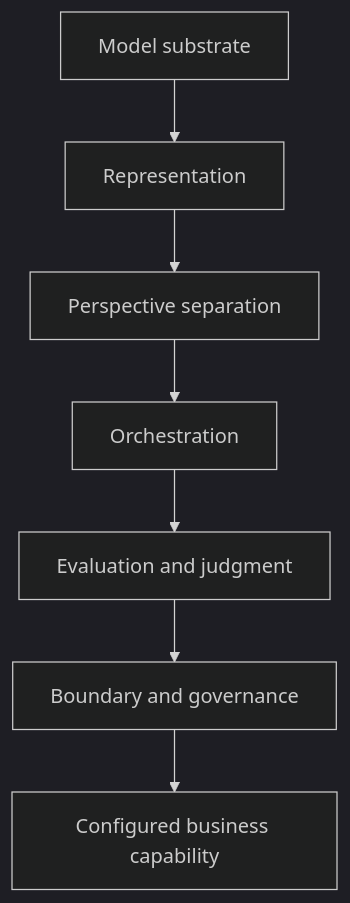
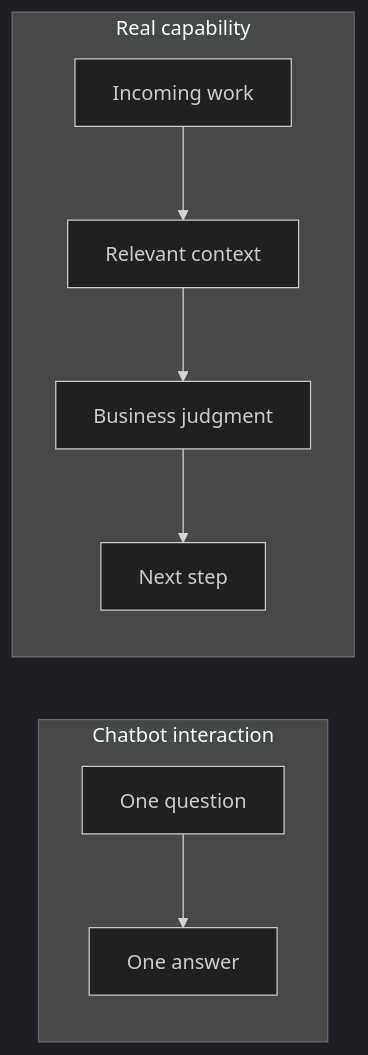
The second of 4 diagrams in _drafts/the-chatbot-is-not-the-product.md (dbmcco/dbmcco.github.io), drawn with Mermaid (dark theme) before and after one commit. The commit also changed other lines of this file, not shown here.

Commit message:
refine: sharpen capability examples and diagram layers

```diff
--- a/_drafts/the-chatbot-is-not-the-product.md
+++ b/_drafts/the-chatbot-is-not-the-product.md
@@ -364,9 +372,16 @@
   <div class="mermaid">
-flowchart TD
-  M["Model substrate"] --> R["Representation"]
-  R --> P["Perspective separation"]
-  P --> O["Orchestration"]
-  O --> E["Evaluation and judgment"]
-  E --> B["Boundary and governance"]
-  B --> C["Configured business capability"]
+flowchart LR
+  subgraph A["Chatbot interaction"]
+    A1["One question"]
+    A2["One answer"]
+    A1 --> A2
+  end
+
+  subgraph B["Real capability"]
+    B1["Incoming work"]
+    B2["Relevant context"]
+    B3["Business judgment"]
+    B4["Next step"]
+    B1 --> B2 --> B3 --> B4
+  end
   </div>
```
